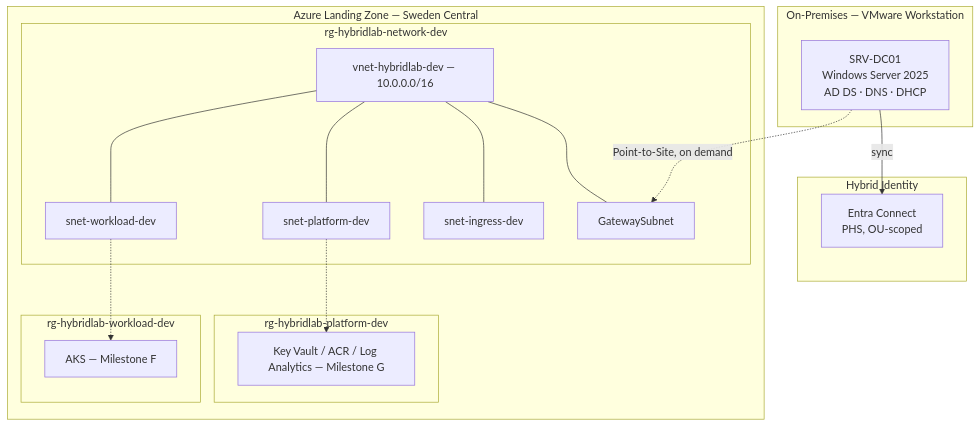
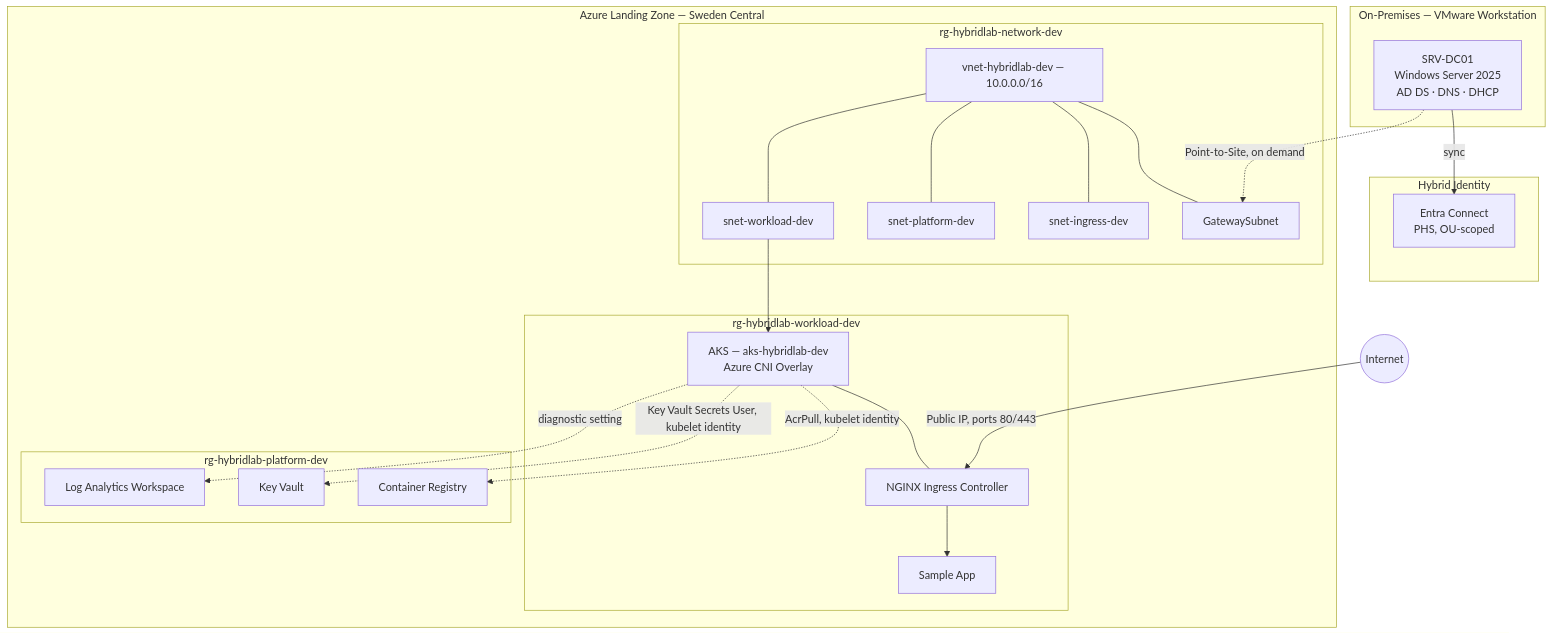
Before and after one commit to okayemre/hybrid-azure-infrastructure: the diagram in README.md, drawn with Mermaid. The commit also changed other lines of this file and 56 other files, not shown here.

````diff
--- a/README.md
+++ b/README.md
@@ -56,35 +69,42 @@
 ```mermaid
 flowchart TB
+    INET((Internet))
     subgraph OnPrem["On-Premises — VMware Workstation"]
         DC[SRV-DC01<br/>Windows Server 2025<br/>AD DS · DNS · DHCP]
     end
-
     subgraph Identity["Hybrid Identity"]
         EC[Entra Connect<br/>PHS, OU-scoped]
     end
-
     subgraph LandingZone["Azure Landing Zone — Sweden Central"]
         subgraph NetRG["rg-hybridlab-network-dev"]
             VNET[vnet-hybridlab-dev — 10.0.0.0/16]
             GW[GatewaySubnet]
             ING[snet-ingress-dev]
             PLAT[snet-platform-dev]
             WORK[snet-workload-dev]
         end
         subgraph WorkRG["rg-hybridlab-workload-dev"]
-            AKS[AKS — Milestone F]
+            AKS[AKS — aks-hybridlab-dev<br/>Azure CNI Overlay]
+            NGINX[NGINX Ingress Controller]
+            APP[Sample App]
+            AKS --- NGINX
+            NGINX --> APP
         end
         subgraph PlatRG["rg-hybridlab-platform-dev"]
-            KV[Key Vault / ACR / Log Analytics — Milestone G]
+            KV[Key Vault]
+            ACR[Container Registry]
+            LOG[Log Analytics Workspace]
         end
     end
-
     DC -->|sync| EC
     DC -.->|Point-to-Site, on demand| GW
     VNET --- GW
     VNET --- ING
     VNET --- PLAT
     VNET --- WORK
-    WORK -.-> AKS
-    PLAT -.-> KV
+    WORK --> AKS
+    AKS -.->|AcrPull, kubelet identity| ACR
+    AKS -.->|Key Vault Secrets User, kubelet identity| KV
+    AKS -.->|diagnostic setting| LOG
+    INET -->|Public IP, ports 80/443| NGINX
 ```
````
